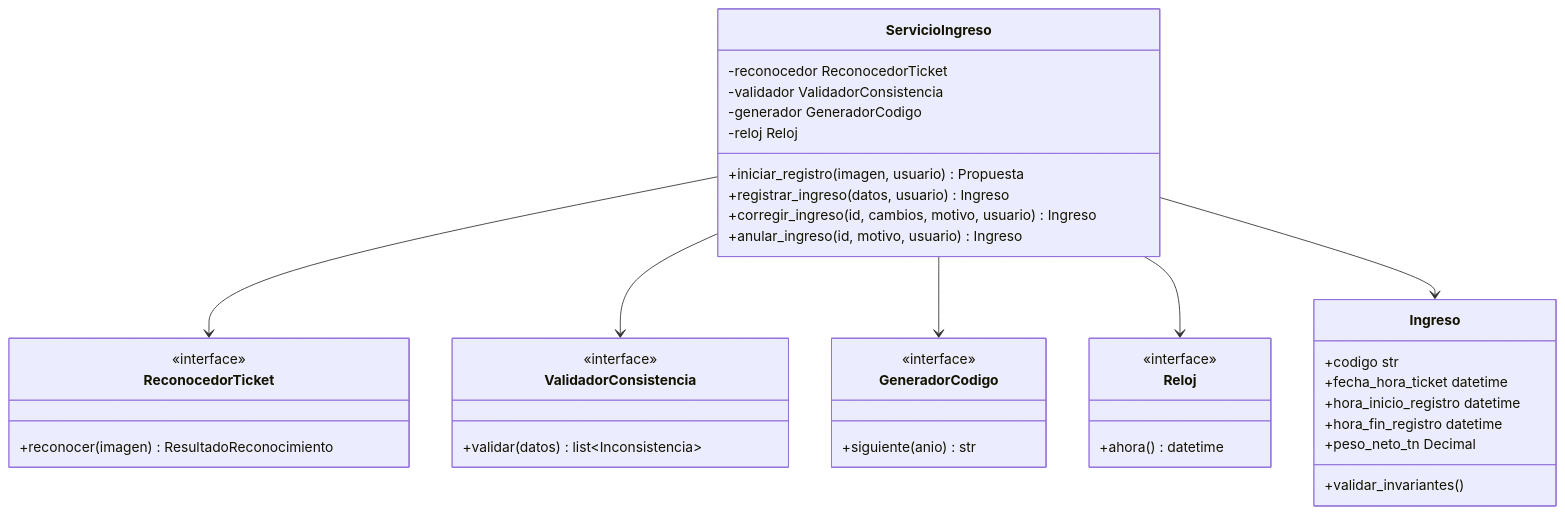
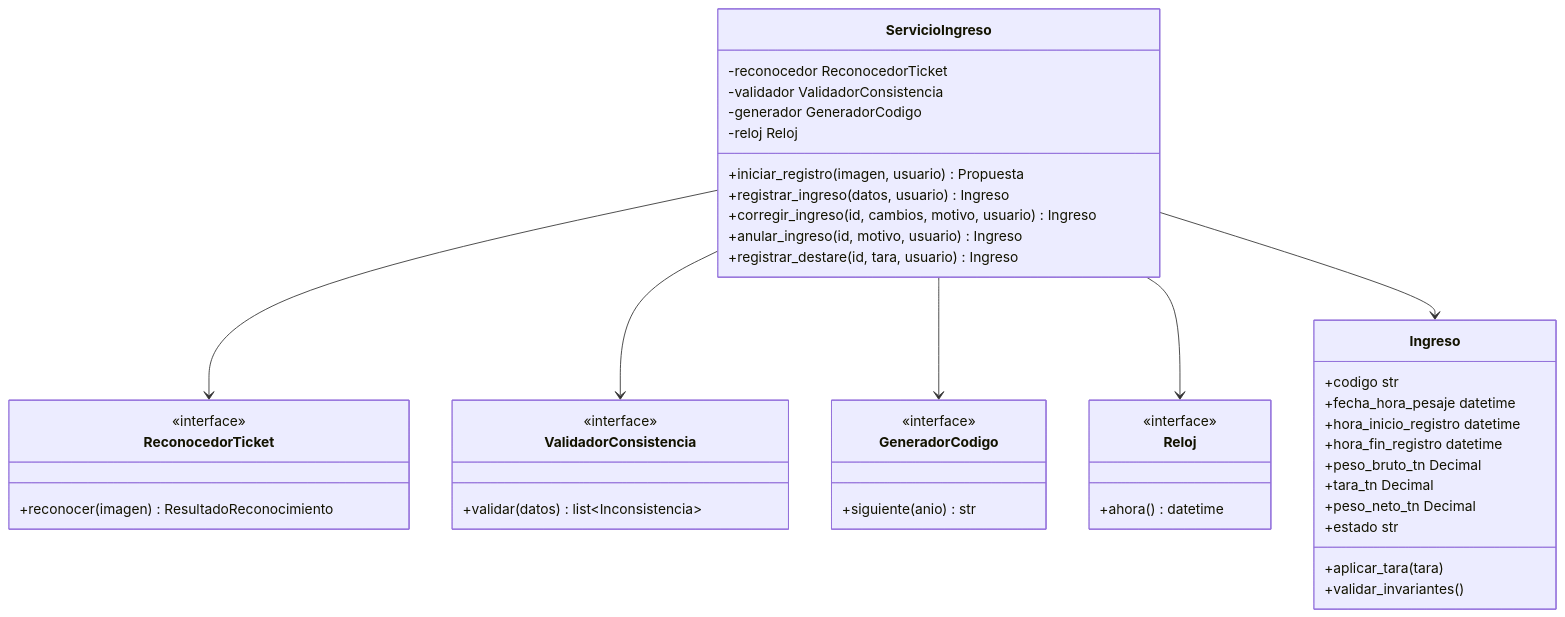
Before and after one commit to adlerOmonte1/LogisticaMinera: the seventh of 7 diagrams in docs/model-c4/ARQ-03_Modelo_C4.md, drawn with Mermaid. The commit also changed other lines of this file and 91 other files, not shown here.

First line of the commit message:
docs(reformulacion): Aplica el formato real del ticket y el destare

````diff
--- a/docs/model-c4/ARQ-03_Modelo_C4.md
+++ b/docs/model-c4/ARQ-03_Modelo_C4.md
@@ -302,43 +305,48 @@
 ```mermaid
 classDiagram
     class ReconocedorTicket {
         <<interface>>
         +reconocer(imagen) ResultadoReconocimiento
     }
     class ValidadorConsistencia {
         <<interface>>
         +validar(datos) list~Inconsistencia~
     }
     class GeneradorCodigo {
         <<interface>>
         +siguiente(anio) str
     }
     class Reloj {
         <<interface>>
         +ahora() datetime
     }
     class ServicioIngreso {
         -reconocedor ReconocedorTicket
         -validador ValidadorConsistencia
         -generador GeneradorCodigo
         -reloj Reloj
         +iniciar_registro(imagen, usuario) Propuesta
         +registrar_ingreso(datos, usuario) Ingreso
         +corregir_ingreso(id, cambios, motivo, usuario) Ingreso
         +anular_ingreso(id, motivo, usuario) Ingreso
+        +registrar_destare(id, tara, usuario) Ingreso
     }
     class Ingreso {
         +codigo str
-        +fecha_hora_ticket datetime
+        +fecha_hora_pesaje datetime
         +hora_inicio_registro datetime
         +hora_fin_registro datetime
+        +peso_bruto_tn Decimal
+        +tara_tn Decimal
         +peso_neto_tn Decimal
+        +estado str
+        +aplicar_tara(tara)
         +validar_invariantes()
     }
 
     ServicioIngreso --> ReconocedorTicket
     ServicioIngreso --> ValidadorConsistencia
     ServicioIngreso --> GeneradorCodigo
     ServicioIngreso --> Reloj
     ServicioIngreso --> Ingreso
 ```
````
